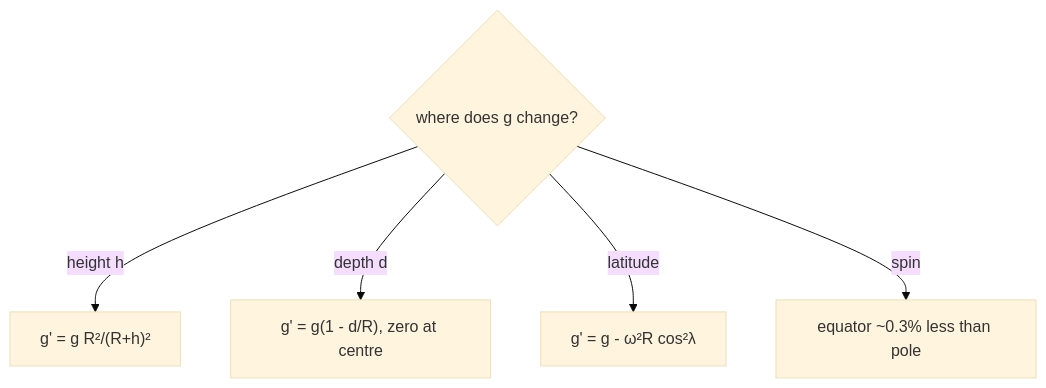
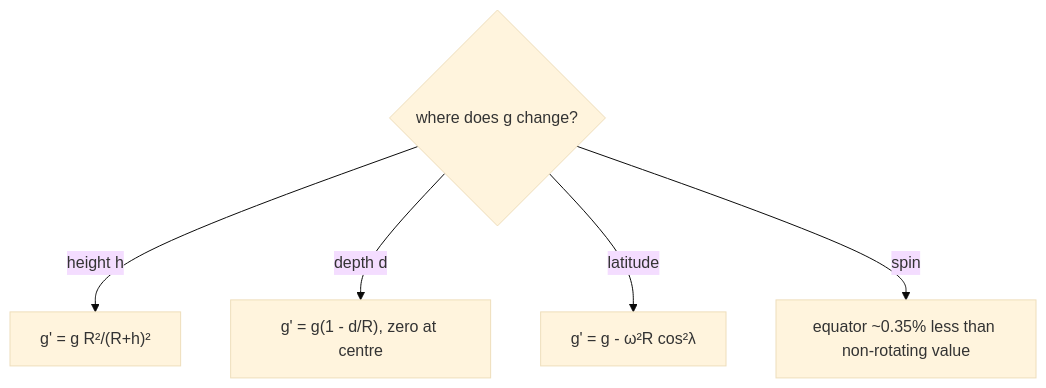
Before and after one commit to SurajGupta2009/Physics_JEEAD-OLYMPIAD_notes: the third of 8 diagrams in gravitation/Gravitation.md, drawn with Mermaid (base theme). The commit also changed other lines of this file and 5 other files, not shown here.

````diff
--- a/gravitation/Gravitation.md
+++ b/gravitation/Gravitation.md
@@ -193,7 +415,7 @@
 ```mermaid
 flowchart TD
   A{"where does g change?"} -->|"height h"| B["g' = g R²/(R+h)²"]
   A -->|"depth d"| C["g' = g(1 - d/R), zero at centre"]
   A -->|"latitude"| D["g' = g - ω²R cos²λ"]
-  A -->|"spin"| E["equator ~0.3% less than pole"]
+  A -->|"spin"| E["equator ~0.35% less than non-rotating value"]
 ```
````
